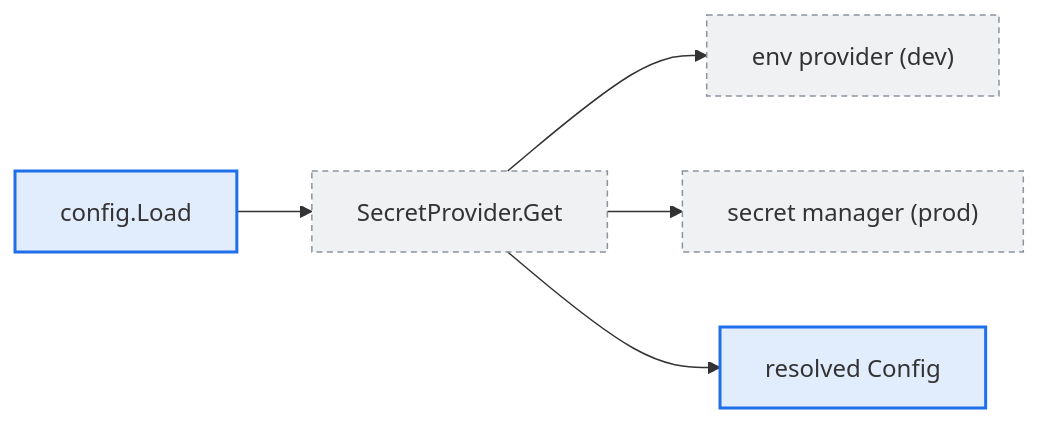
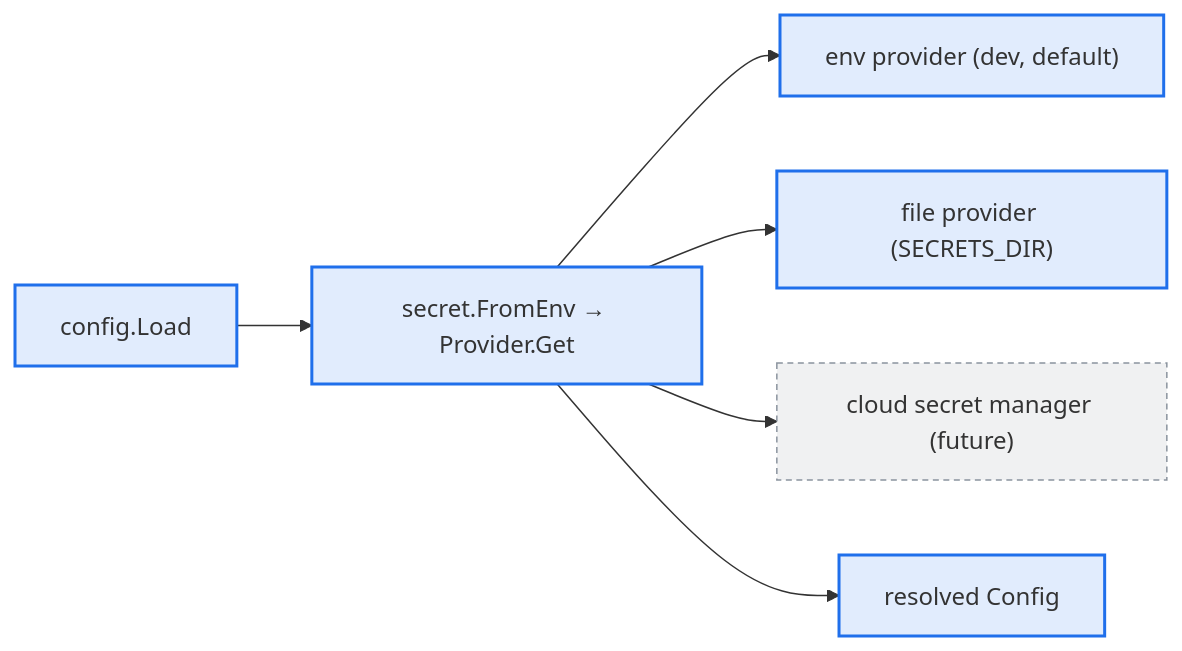
Before and after one commit to Jeston10/PipelineSherlock: the third of 19 diagrams in docs/production-readiness-roadmap.md, drawn with Mermaid. The commit also changed other lines of this file and 8 other files, not shown here.

First line of the commit message:
feat: add secret provider port (M7 slice 1)

````diff
--- a/docs/production-readiness-roadmap.md
+++ b/docs/production-readiness-roadmap.md
@@ -120,10 +124,11 @@
 ```mermaid
 flowchart LR
-    BOOT["config.Load"]:::built --> SP["SecretProvider.Get"]:::planned
-    SP --> ENV["env provider (dev)"]:::planned
-    SP --> MGR["secret manager (prod)"]:::planned
+    BOOT["config.Load"]:::built --> SP["secret.FromEnv → Provider.Get"]:::built
+    SP --> ENV["env provider (dev, default)"]:::built
+    SP --> FILE["file provider (SECRETS_DIR)"]:::built
+    SP --> MGR["cloud secret manager (future)"]:::planned
     SP --> CFG["resolved Config"]:::built
 
     classDef built fill:#1f6feb22,stroke:#1f6feb,stroke-width:2px;
     classDef planned fill:#8b949e22,stroke:#8b949e,stroke-width:1px,stroke-dasharray:4 3;
 ```
````
